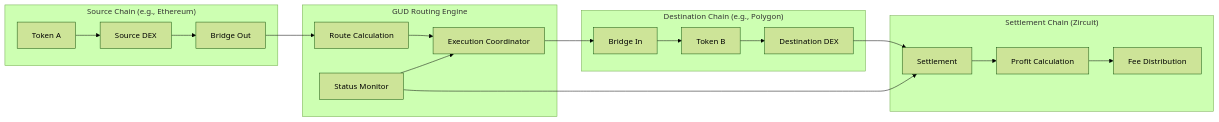
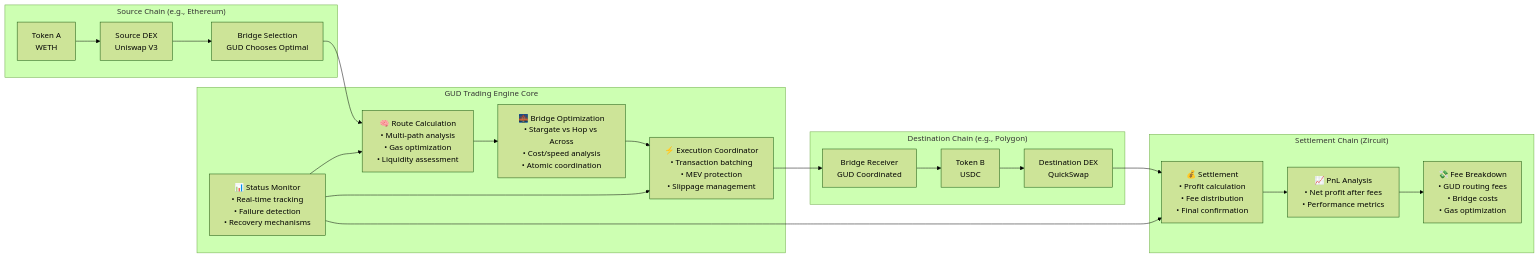
One commit to DHB94/ArbiZirQ changed the third of 5 diagrams in FLOW-DIAGRAM.md. Above: the diagram before and after it, drawn with Mermaid (forest theme). The commit also changed other lines of this file and 1 other file, not shown here.

Commit message:
refactor: Enhance documentation with detailed flow summaries and AI integration insights

````diff
--- a/FLOW-DIAGRAM.md
+++ b/FLOW-DIAGRAM.md
@@ -114,40 +150,43 @@
 ```mermaid
 graph LR
     subgraph "Source Chain (e.g., Ethereum)"
-        SDEX[Source DEX]
-        STOKEN[Token A]
-        SBRIDGE[Bridge Out]
+        SDEX[Source DEX<br/>Uniswap V3]
+        STOKEN[Token A<br/>WETH]
+        SBRIDGE[Bridge Selection<br/>GUD Chooses Optimal]
     end
     
-    subgraph "GUD Routing Engine"
-        ROUTE[Route Calculation]
-        EXEC[Execution Coordinator]
-        MONITOR[Status Monitor]
+    subgraph "GUD Trading Engine Core"
+        ROUTE[🧠 Route Calculation<br/>• Multi-path analysis<br/>• Gas optimization<br/>• Liquidity assessment]
+        BRIDGE_OPT[🌉 Bridge Optimization<br/>• Stargate vs Hop vs Across<br/>• Cost/speed analysis<br/>• Atomic coordination]
+        EXEC[⚡ Execution Coordinator<br/>• Transaction batching<br/>• MEV protection<br/>• Slippage management]
+        MONITOR[📊 Status Monitor<br/>• Real-time tracking<br/>• Failure detection<br/>• Recovery mechanisms]
     end
     
     subgraph "Destination Chain (e.g., Polygon)"
-        DBRIDGE[Bridge In]
-        DTOKEN[Token B]
-        DDEX[Destination DEX]
+        DBRIDGE[Bridge Receiver<br/>GUD Coordinated]
+        DTOKEN[Token B<br/>USDC]
+        DDEX[Destination DEX<br/>QuickSwap]
     end
     
     subgraph "Settlement Chain (Zircuit)"
-        SETTLE[Settlement]
-        PROFIT[Profit Calculation]
-        FEES[Fee Distribution]
+        SETTLE[💰 Settlement<br/>• Profit calculation<br/>• Fee distribution<br/>• Final confirmation]
+        PROFIT[📈 PnL Analysis<br/>• Net profit after fees<br/>• Performance metrics]
+        FEES[💸 Fee Breakdown<br/>• GUD routing fees<br/>• Bridge costs<br/>• Gas optimization]
     end
     
     STOKEN --> SDEX
     SDEX --> SBRIDGE
     SBRIDGE --> ROUTE
-    ROUTE --> EXEC
+    ROUTE --> BRIDGE_OPT
+    BRIDGE_OPT --> EXEC
     EXEC --> DBRIDGE
     DBRIDGE --> DTOKEN
     DTOKEN --> DDEX
     DDEX --> SETTLE
     SETTLE --> PROFIT
     PROFIT --> FEES
     
     MONITOR --> EXEC
     MONITOR --> SETTLE
+    MONITOR --> ROUTE
 ```
````
